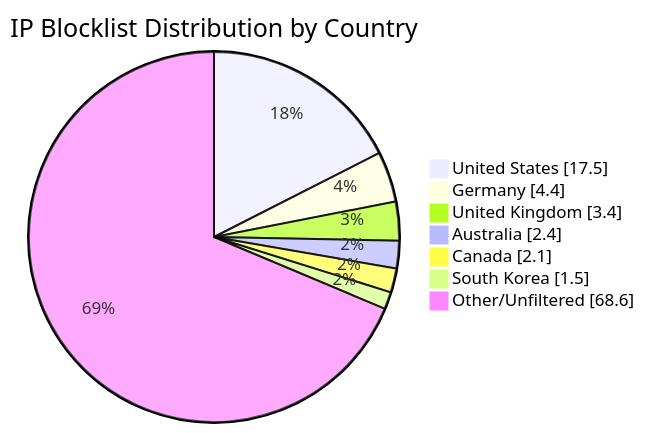
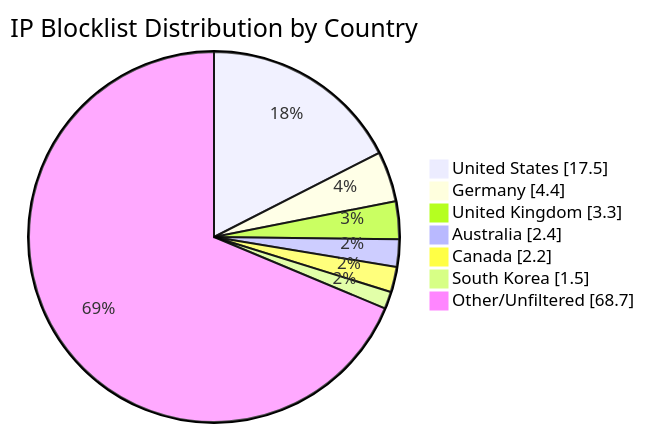
One commit to MarcusHoltz/ipblocklist-geofiltered-aggregator changed the diagram in README.md. Above: the diagram before and after it, drawn with Mermaid. The commit also changed other lines of this file and 9 other files, not shown here.

````diff
--- a/README.md
+++ b/README.md
@@ -34,10 +34,10 @@
 ```mermaid
 pie showData title IP Blocklist Distribution by Country
 "United States" : 17.5
 "Germany" : 4.4
-"United Kingdom" : 3.4
+"United Kingdom" : 3.3
 "Australia" : 2.4
-"Canada" : 2.1
+"Canada" : 2.2
 "South Korea" : 1.5
-"Other/Unfiltered" : 68.6
+"Other/Unfiltered" : 68.7
 ```
````
